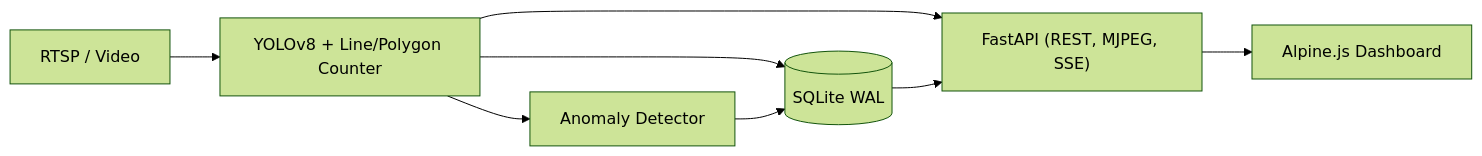
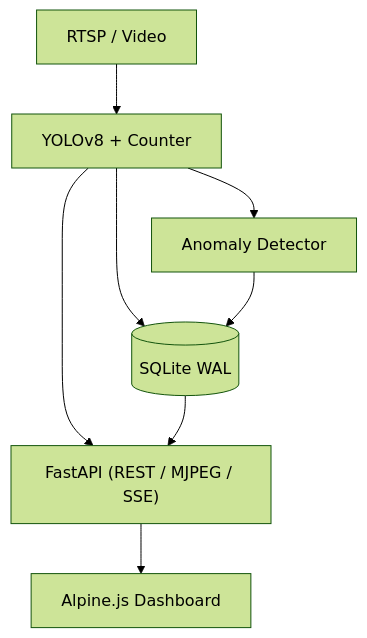
Before and after one commit to gmllasacas/gas_cylinder_vision: the diagram in README.md, drawn with Mermaid (forest theme). The commit also changed other lines of this file and 2 other files, not shown here.

Commit message:
Readme updated

````diff
--- a/README.md
+++ b/README.md
@@ -30,10 +32,10 @@
 ```mermaid
-flowchart LR
-    Source["RTSP / Video"] --> CV["YOLOv8 + Line/Polygon Counter"]
+flowchart TD
+    Source["RTSP / Video"] --> CV["YOLOv8 + Counter"]
     CV --> Anomaly["Anomaly Detector"]
     CV --> DB[("SQLite WAL")]
     Anomaly --> DB
-    CV --> API["FastAPI (REST, MJPEG, SSE)"]
+    CV --> API["FastAPI (REST / MJPEG / SSE)"]
     DB --> API
     API --> UI["Alpine.js Dashboard"]
 ```
````
